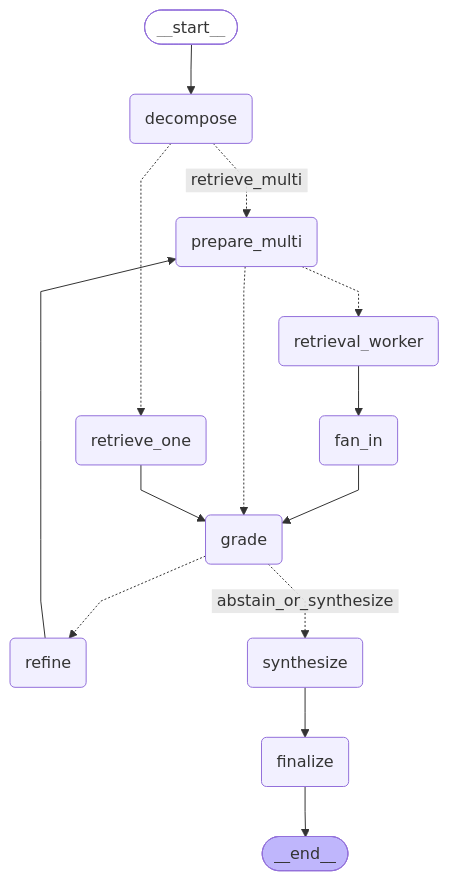
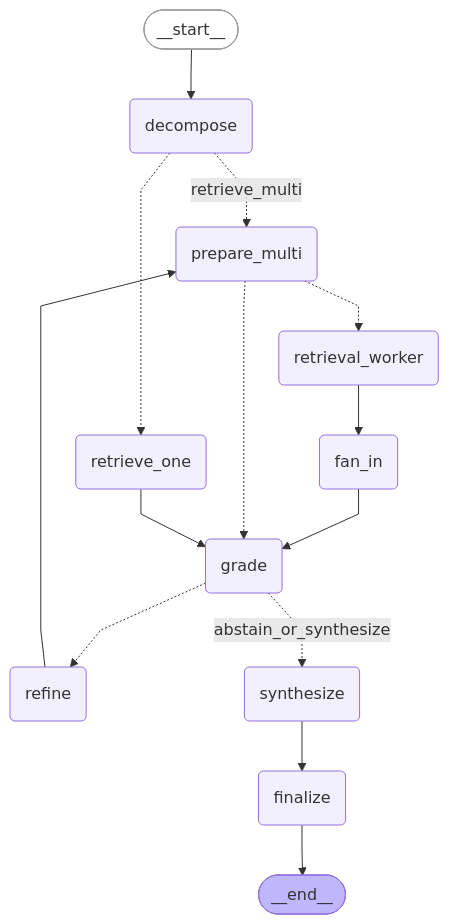
Before and after one commit to zyascend/prism-rag: the diagram in docs/architecture/agent-graph.mmd, drawn with Mermaid. The commit also changed 2 other files, not shown here.

Commit message:
fix(agent): sanitize LangGraph mermaid export for portable preview (#39)
Strip HTML labels and unsupported classDef props so agent-graph.mmd
renders in VS Code/Cursor and SVG pipelines without load failures.

```diff
--- a/docs/architecture/agent-graph.mmd
+++ b/docs/architecture/agent-graph.mmd
@@ -1,33 +1,33 @@
 ---
 config:
   flowchart:
     curve: linear
 ---
 graph TD;
-	__start__([<p>__start__</p>]):::first
-	decompose(decompose)
-	retrieve_one(retrieve_one)
-	grade(grade)
-	refine(refine)
-	synthesize(synthesize)
-	finalize(finalize)
-	prepare_multi(prepare_multi)
-	retrieval_worker(retrieval_worker)
-	fan_in(fan_in)
-	__end__([<p>__end__</p>]):::last
-	__start__ --> decompose;
-	decompose -. &nbsp;retrieve_multi&nbsp; .-> prepare_multi;
-	decompose -.-> retrieve_one;
-	fan_in --> grade;
-	grade -.-> refine;
-	grade -. &nbsp;abstain_or_synthesize&nbsp; .-> synthesize;
-	prepare_multi -.-> grade;
-	prepare_multi -.-> retrieval_worker;
-	refine --> prepare_multi;
-	retrieval_worker --> fan_in;
-	retrieve_one --> grade;
-	synthesize --> finalize;
-	finalize --> __end__;
-	classDef default fill:#f2f0ff,line-height:1.2
-	classDef first fill-opacity:0
-	classDef last fill:#bfb6fc
+    __start__([__start__]):::first
+    decompose(decompose)
+    retrieve_one(retrieve_one)
+    grade(grade)
+    refine(refine)
+    synthesize(synthesize)
+    finalize(finalize)
+    prepare_multi(prepare_multi)
+    retrieval_worker(retrieval_worker)
+    fan_in(fan_in)
+    __end__([__end__]):::last
+    __start__ --> decompose;
+    decompose -. retrieve_multi .-> prepare_multi;
+    decompose -.-> retrieve_one;
+    fan_in --> grade;
+    grade -.-> refine;
+    grade -. abstain_or_synthesize .-> synthesize;
+    prepare_multi -.-> grade;
+    prepare_multi -.-> retrieval_worker;
+    refine --> prepare_multi;
+    retrieval_worker --> fan_in;
+    retrieve_one --> grade;
+    synthesize --> finalize;
+    finalize --> __end__;
+    classDef default fill:#f2f0ff
+    classDef first fill:#ffffff,stroke:#999999,color:#333333
+    classDef last fill:#bfb6fc
```
